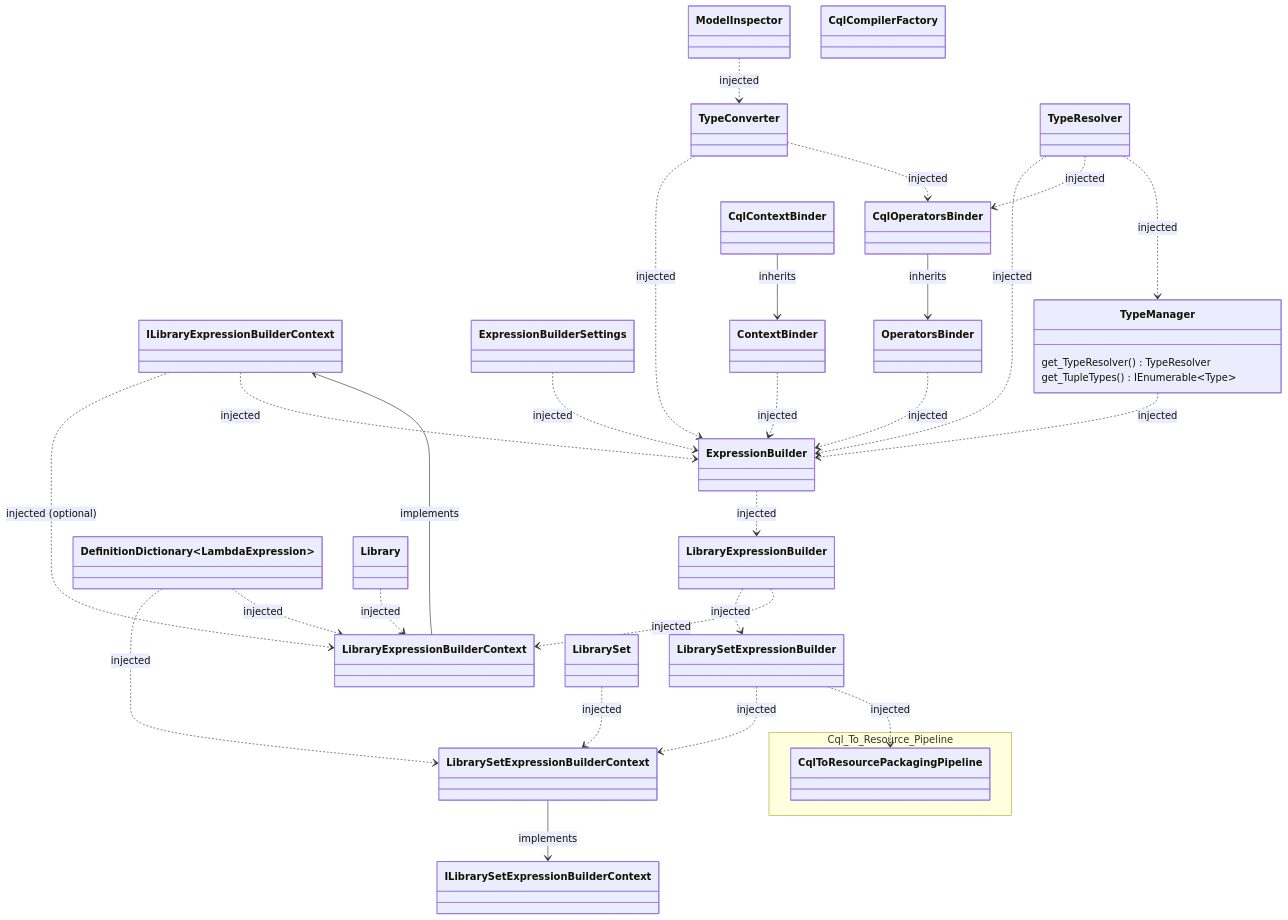
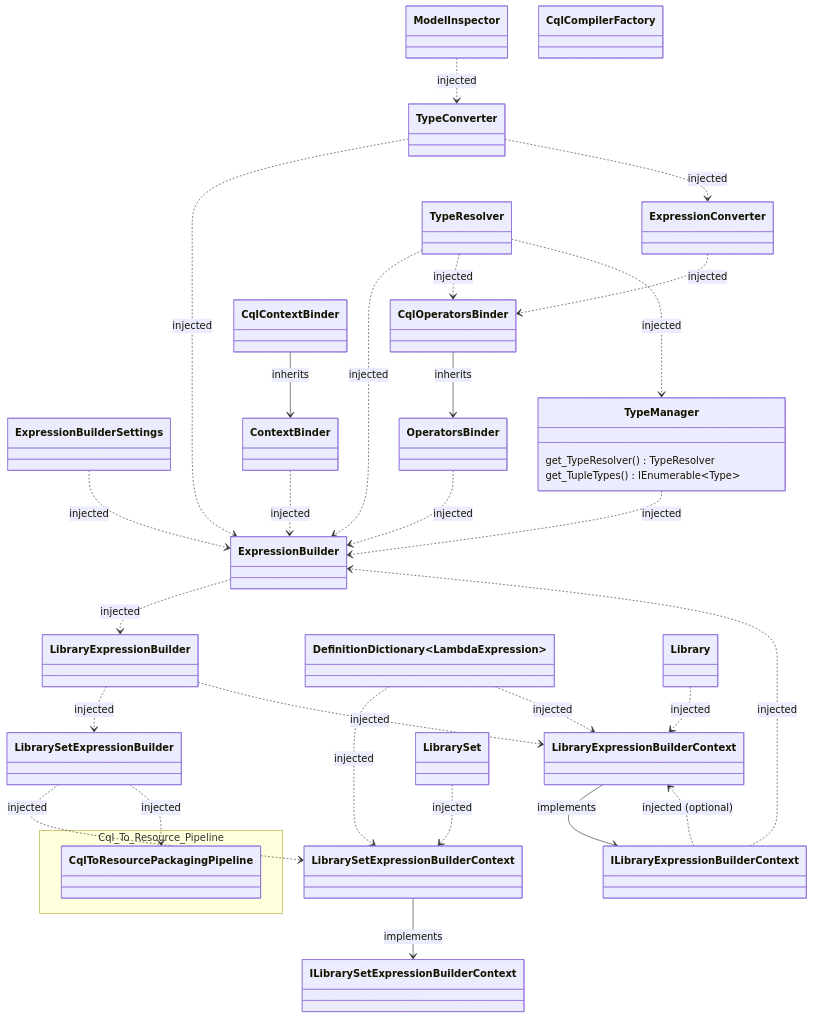
The second of 2 diagrams in docs/packager-cli-dependency-graph.md (FirelyTeam/firely-cql-sdk), drawn with Mermaid before and after one commit. The commit also changed other lines of this file and 7 other files, not shown here.

Commit message:
Extract  ExpressionConverter

````diff
--- a/docs/packager-cli-dependency-graph.md
+++ b/docs/packager-cli-dependency-graph.md
@@ -133,6 +138,9 @@
     %% HACK: Mermaid doesnt support commas withing generic, so use a similar looking character (﹐)
 
 %%    namespace Expression_Building {
+        class ExpressionConverter {
+        }
+
         class ILibrarySetExpressionBuilderContext{
         }
 
@@ -229,9 +237,11 @@
     LibrarySetExpressionBuilder ..> CqlToResourcePackagingPipeline : injected
 
     TypeResolver ..> CqlOperatorsBinder : injected
-    TypeConverter ..> CqlOperatorsBinder : injected
+    ExpressionConverter ..> CqlOperatorsBinder : injected
 
     ModelInspector ..> TypeConverter : injected  
 
     TypeResolver ..> TypeManager : injected
+
+    TypeConverter ..> ExpressionConverter : injected
 ```
````
